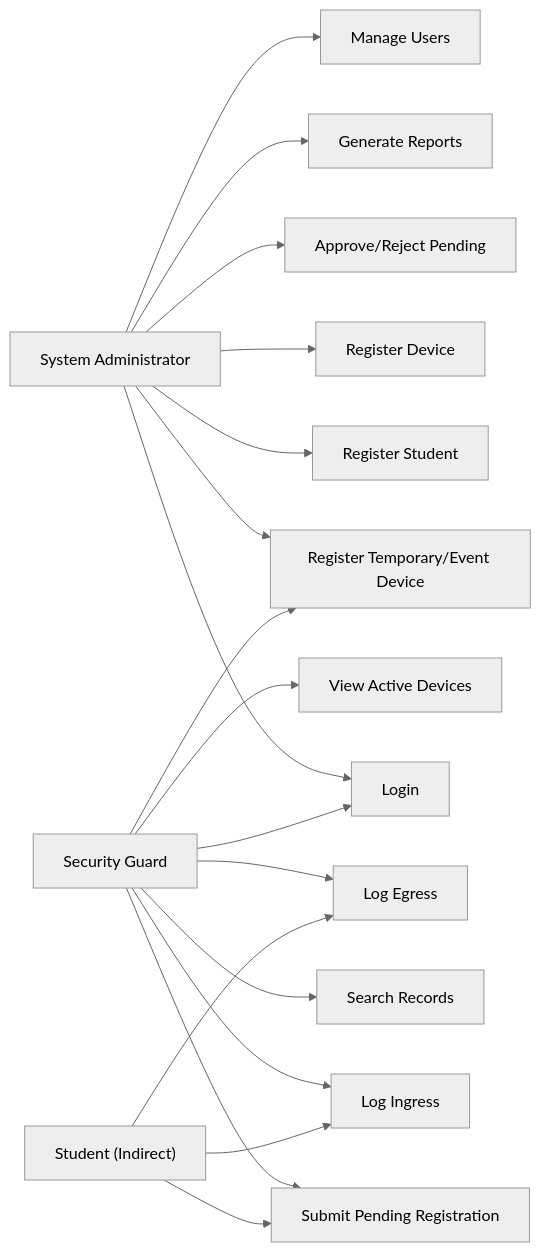
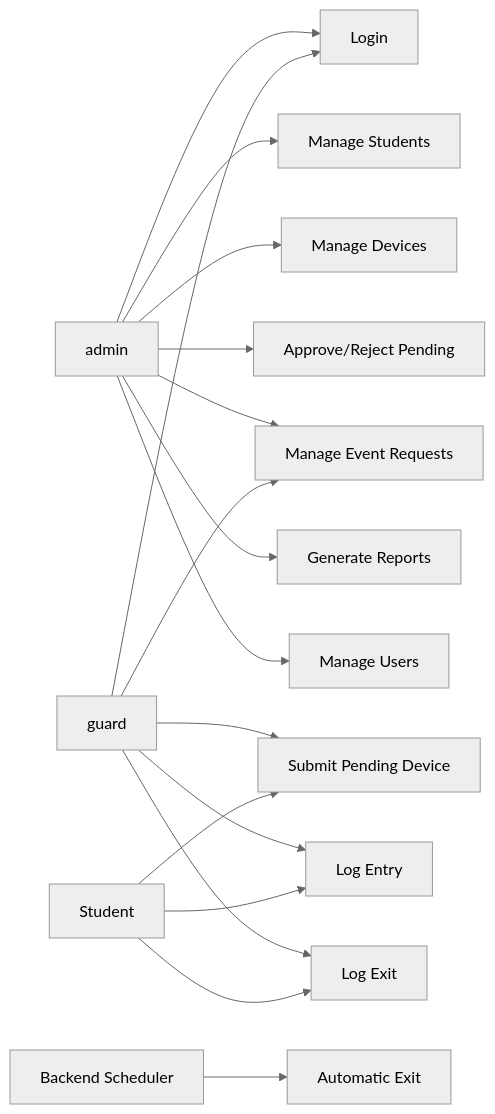
The diagram in docs/system-analysis/04-use-cases.md (isnotfred/javafx-byod-client), drawn with Mermaid (neutral theme) before and after one commit. The commit also changed other lines of this file and 55 other files, not shown here.

Commit message:
Update system analysis and architecture documentation

````diff
--- a/docs/system-analysis/04-use-cases.md
+++ b/docs/system-analysis/04-use-cases.md
@@ -13,36 +14,35 @@
 ```mermaid
 flowchart LR
-    Admin["System Administrator"]
-    Guard["Security Guard"]
-    Student["Student (Indirect)"]
+    Admin["admin"]
+    Guard["guard"]
+    Student["Student"]
+    Scheduler["Backend Scheduler"]
     Login["Login"]
-    Students["Register Student"]
-    Devices["Register Device"]
-    Pending["Submit Pending Registration"]
+    Students["Manage Students"]
+    Devices["Manage Devices"]
+    Pending["Submit Pending Device"]
     Approve["Approve/Reject Pending"]
-    Event["Register Temporary/Event Device"]
-    Ingress["Log Ingress"]
-    Egress["Log Egress"]
-    Search["Search Records"]
-    Active["View Active Devices"]
+    Events["Manage Event Requests"]
+    Entry["Log Entry"]
+    Exit["Log Exit"]
+    AutoExit["Automatic Exit"]
     Reports["Generate Reports"]
     Users["Manage Users"]
 
     Admin --> Login
     Guard --> Login
     Admin --> Students
     Admin --> Devices
     Admin --> Approve
-    Admin --> Event
+    Admin --> Events
     Admin --> Reports
     Admin --> Users
-    Guard --> Search
     Guard --> Pending
-    Guard --> Event
-    Guard --> Ingress
-    Guard --> Egress
-    Guard --> Active
+    Guard --> Events
+    Guard --> Entry
+    Guard --> Exit
     Student --> Pending
-    Student --> Ingress
-    Student --> Egress
+    Student --> Entry
+    Student --> Exit
+    Scheduler --> AutoExit
 ```
````
